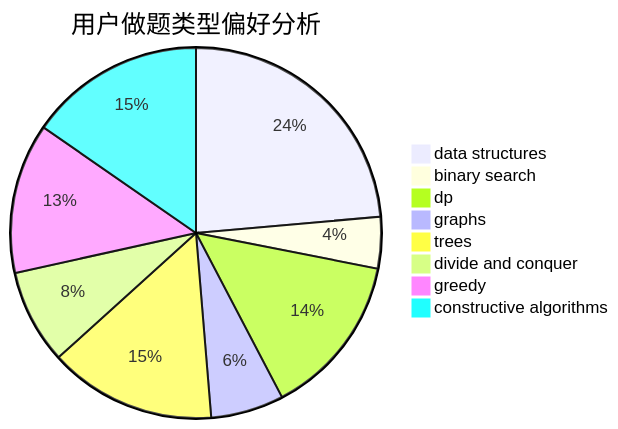
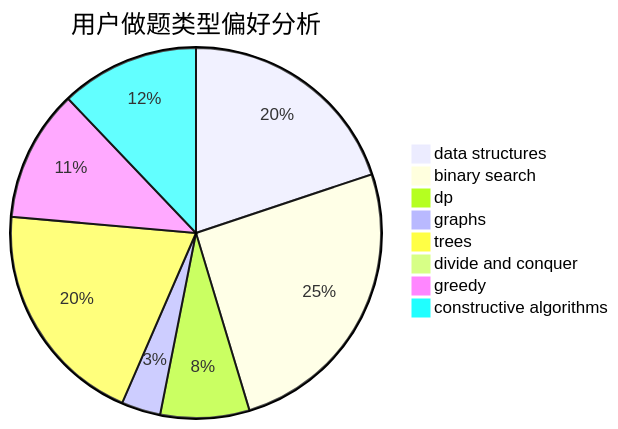
The second of 3 diagrams in docs/user/u976.md (sherpahu/cfrs.github.io), drawn with Mermaid before and after one commit. The commit also changed other lines of this file and 2770 other files, not shown here.

````diff
--- a/docs/user/u976.md
+++ b/docs/user/u976.md
@@ -23,11 +23,11 @@
 ```mermaid
 pie title 用户做题类型偏好分析
-    "data structures" :  63
-    "binary search" :  12
-    "dp" :  38
-    "graphs" :  17
-    "trees" :  39
-    "divide and conquer" :  22
-    "greedy" :  35
-    "constructive algorithms" :  41
+    "data structures" :  64
+    "binary search" :  82
+    "dp" :  25
+    "graphs" :  11
+    "trees" :  64
+    "divide and conquer" :  0
+    "greedy" :  37
+    "constructive algorithms" :  39
 ```
````
